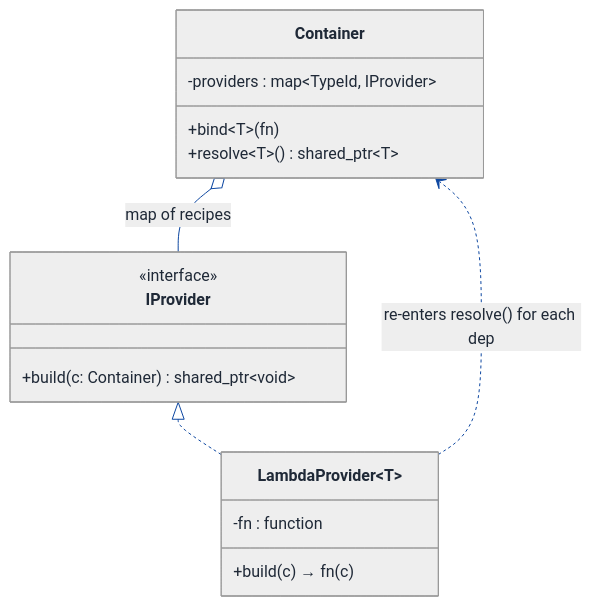
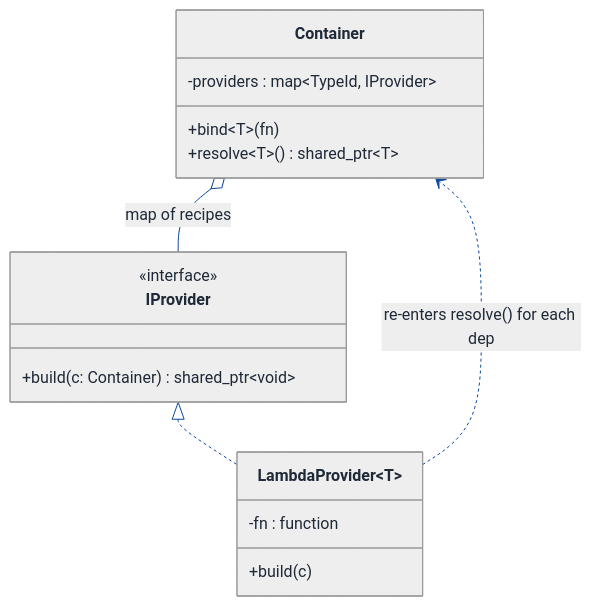
Before and after one commit to Prateek-5/question-bank: the second of 9 diagrams in LLD/Topics/Dependency_Injection/DI_Container.md, drawn with Mermaid. The commit also changed other lines of this file and 61 other files, not shown here.

First line of the commit message:
Fix invalid mermaid classDiagram member syntax across LLD walkthroughs

````diff
--- a/LLD/Topics/Dependency_Injection/DI_Container.md
+++ b/LLD/Topics/Dependency_Injection/DI_Container.md
@@ -416,52 +416,52 @@
 ```mermaid
 ---
 config:
   theme: neutral
   themeVariables:
     background: '#ffffff'
     primaryColor: '#cfe2ff'
     primaryTextColor: '#1f2937'
     primaryBorderColor: '#084298'
     secondaryColor: '#fff3cd'
     secondaryTextColor: '#1f2937'
     secondaryBorderColor: '#664d03'
     tertiaryColor: '#d1e7dd'
     tertiaryTextColor: '#1f2937'
     tertiaryBorderColor: '#0a3622'
     lineColor: '#0d47a1'
     textColor: '#1f2937'
     noteBkgColor: '#fff3cd'
     noteTextColor: '#1f2937'
     noteBorderColor: '#997404'
     actorBkg: '#cfe2ff'
     actorBorder: '#084298'
     actorTextColor: '#1f2937'
     signalColor: '#0d47a1'
     signalTextColor: '#1f2937'
     labelBoxBkgColor: '#ffffff'
     labelBoxBorderColor: '#d3d3d3'
     labelTextColor: '#1f2937'
     edgeLabelBackground: '#ffffff'
     labelBackground: '#ffffff'
     classText: '#1f2937'
     fontFamily: 'system-ui, -apple-system, Segoe UI, Helvetica, Arial, sans-serif'
 ---
 classDiagram
   direction TB
   class Container {
     -providers : map~TypeId, IProvider~
     +bind~T~(fn)
     +resolve~T~() shared_ptr~T~
   }
   class IProvider {
     <<interface>>
     +build(c: Container) shared_ptr~void~
   }
   class LambdaProvider~T~ {
     -fn : function
-    +build(c) → fn(c)
+    +build(c)
   }
   Container o-- IProvider : map of recipes
   IProvider <|.. LambdaProvider~T~
   LambdaProvider~T~ ..> Container : re-enters resolve() for each dep
 ```
````
